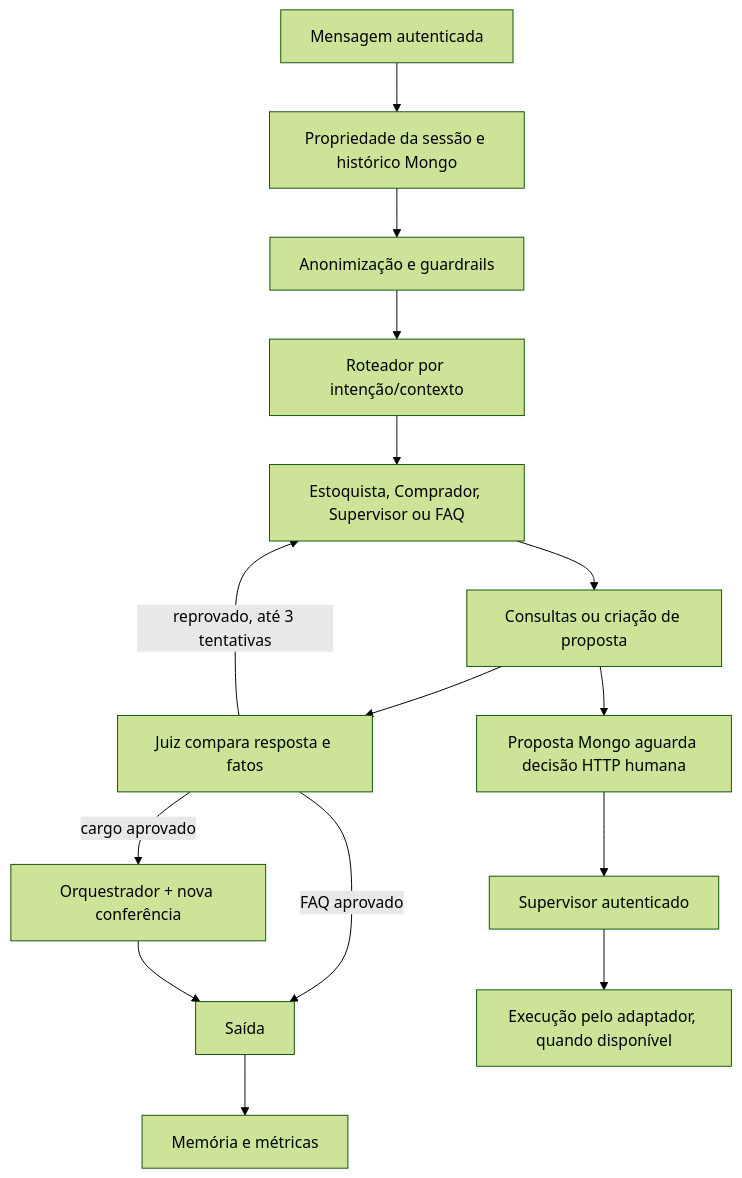
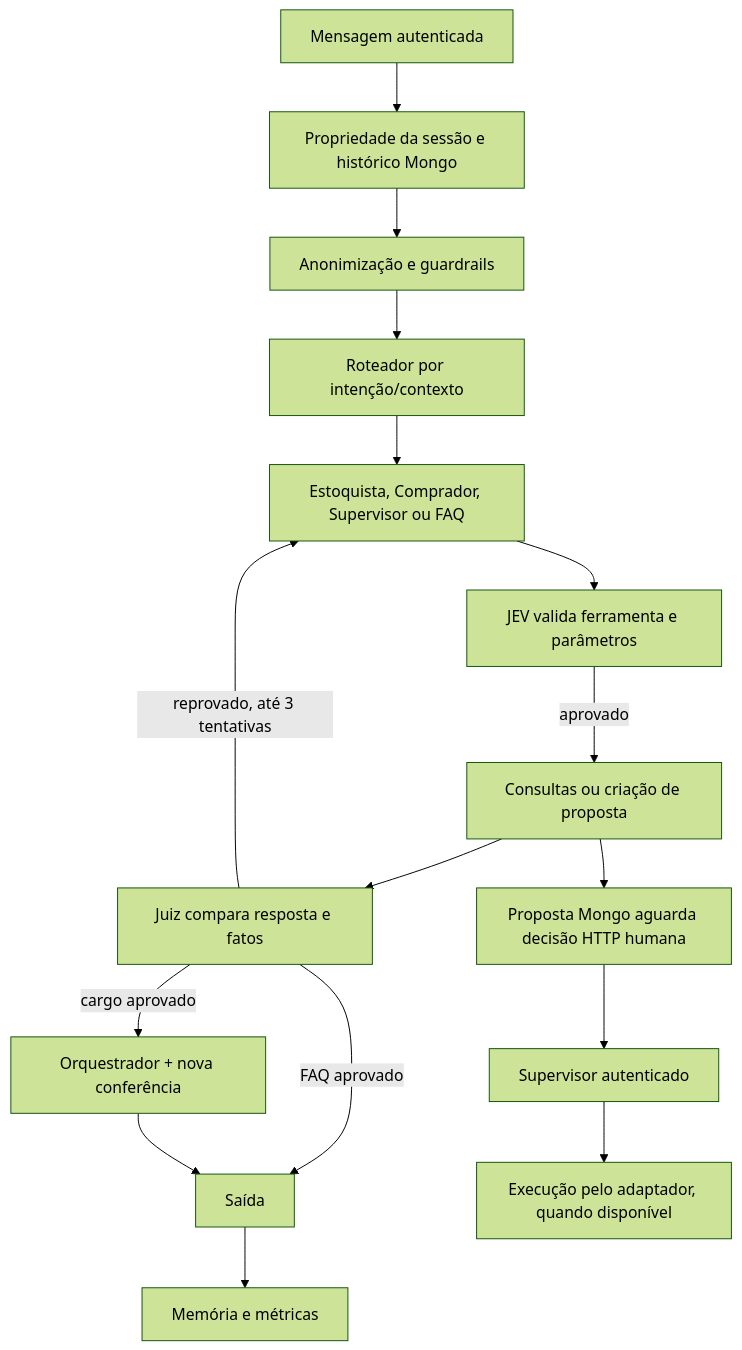
Before and after one commit to InventraTech/inventra-artificial-intelligence-2: the diagram in docs/INVENTARIO_TECNICO_FUNCIONAL_IAI.md, drawn with Mermaid (forest theme). The commit also changed other lines of this file and 11 other files, not shown here.

Commit message:
fix: implementa JEV como juiz e valida chamadas antes de executar tools

````diff
--- a/docs/INVENTARIO_TECNICO_FUNCIONAL_IAI.md
+++ b/docs/INVENTARIO_TECNICO_FUNCIONAL_IAI.md
@@ -84,17 +84,18 @@
 ```mermaid
 flowchart TD
   U[Mensagem autenticada] --> P[Propriedade da sessão e histórico Mongo]
   P --> G[Anonimização e guardrails]
   G --> R[Roteador por intenção/contexto]
   R --> E[Estoquista, Comprador, Supervisor ou FAQ]
-  E --> T[Consultas ou criação de proposta]
+  E --> V[JEV valida ferramenta e parâmetros]
+  V -->|aprovado| T[Consultas ou criação de proposta]
   T --> J[Juiz compara resposta e fatos]
   J -->|reprovado, até 3 tentativas| E
   J -->|cargo aprovado| O[Orquestrador + nova conferência]
   J -->|FAQ aprovado| S[Saída]
   O --> S
   S --> M[Memória e métricas]
   T --> A[Proposta Mongo aguarda decisão HTTP humana]
   A --> D[Supervisor autenticado]
   D --> X[Execução pelo adaptador, quando disponível]
 ```
````
